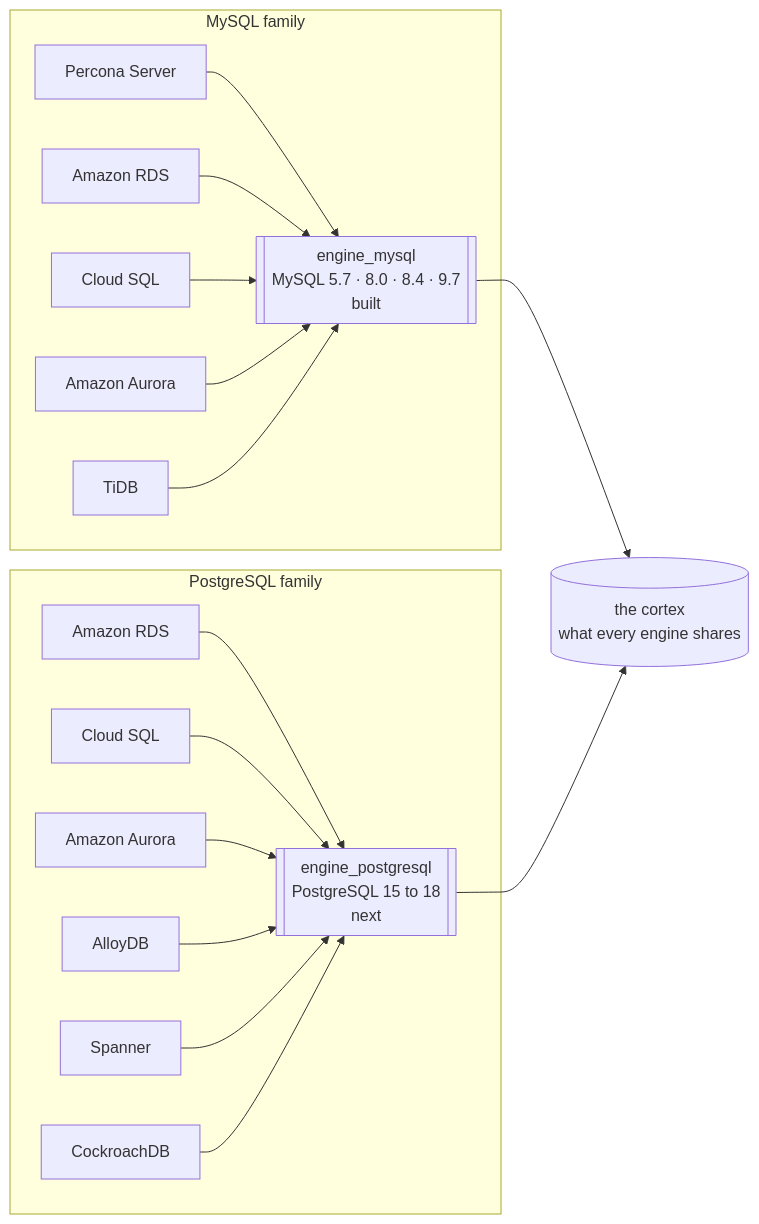
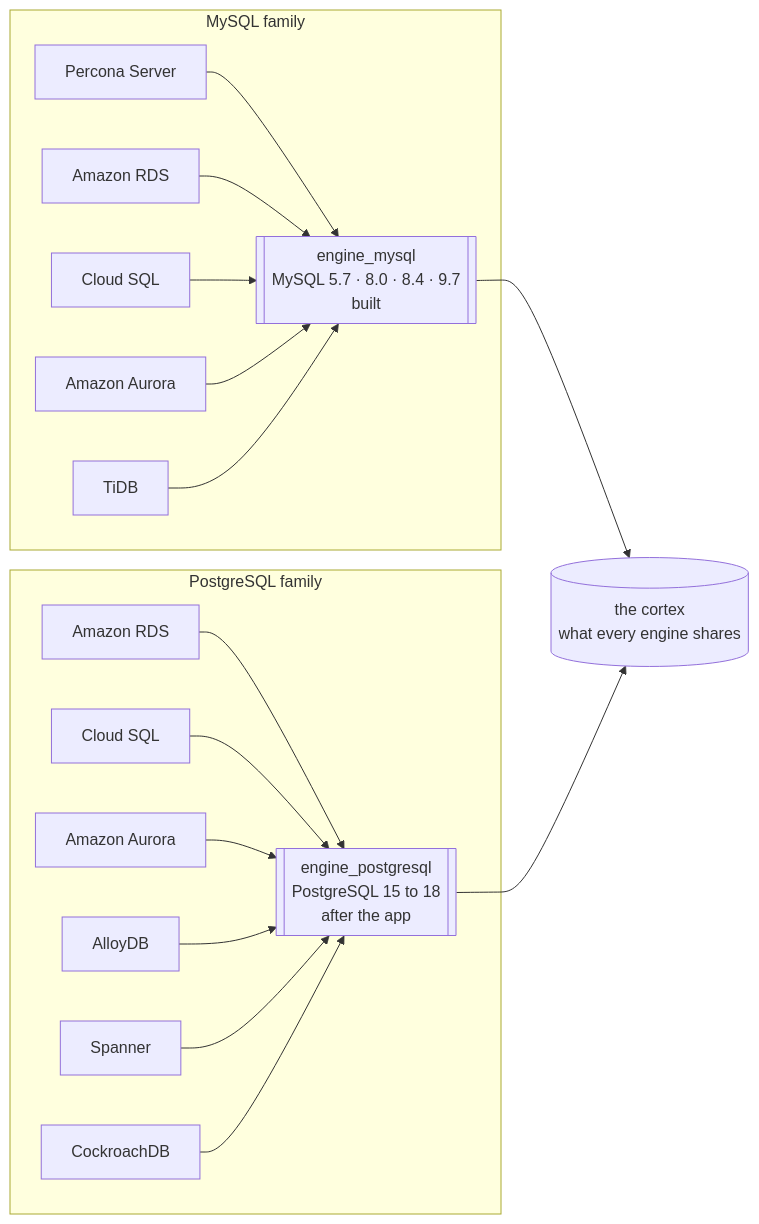
One commit to k8nstantin/schema-forge changed the first of 4 diagrams in README.md. Above: the diagram before and after it, drawn with Mermaid. The commit also changed other lines of this file and 7 other files, not shown here.

````diff
--- a/README.md
+++ b/README.md
@@ -115,22 +116,22 @@
 ```mermaid
 flowchart LR
   subgraph MySQL family
     percona[Percona Server] --> my
     rds1[Amazon RDS] --> my
     csql1[Cloud SQL] --> my
     aurora1[Amazon Aurora] --> my
     tidb[TiDB] --> my
     my[["engine_mysql<br/>MySQL 5.7 · 8.0 · 8.4 · 9.7<br/>built"]]
   end
   subgraph PostgreSQL family
     rds2[Amazon RDS] --> pg
     csql2[Cloud SQL] --> pg
     aurora2[Amazon Aurora] --> pg
     alloy[AlloyDB] --> pg
     spanner[Spanner] --> pg
     crdb[CockroachDB] --> pg
-    pg[["engine_postgresql<br/>PostgreSQL 15 to 18<br/>next"]]
+    pg[["engine_postgresql<br/>PostgreSQL 15 to 18<br/>after the app"]]
   end
   my --> cortex[(the cortex<br/>what every engine shares)]
   pg --> cortex
 ```
````
